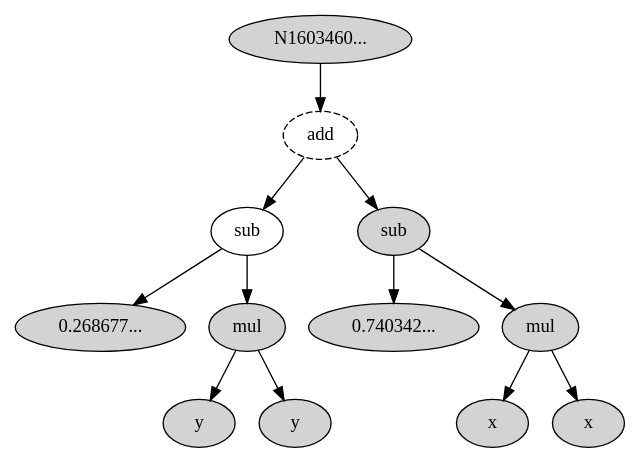
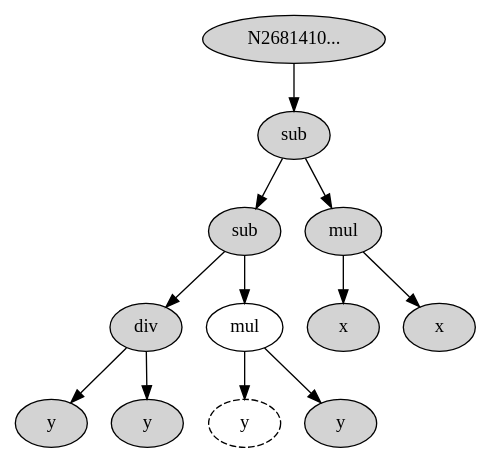
One commit to munifgebara/josilTs changed the diagram in report/d3d_best.dot. Above: the diagram before and after it, drawn with Graphviz. The commit also changed 70 other files, not shown here.

```diff
--- a/report/d3d_best.dot
+++ b/report/d3d_best.dot
@@ -1,25 +1,25 @@
- digraph G1603460 {
-N1603460[ style="filled"  label="N1603460..."];
-N1603460 -> N1603461;
-N1603461[ style="dashed"  label="add"];
-N1603461 -> N1603454;
-N1603454[ style="solid"  label="sub"];
-N1603454 -> N1603455;
-N1603455[ style="filled"  label="0.268677..."];
-N1603454 -> N1603456;
-N1603456[ style="filled"  label="mul"];
-N1603456 -> N1603457;
-N1603457[ style="filled"  label="y"];
-N1603456 -> N1603458;
-N1603458[ style="filled"  label="y"];
-N1603461 -> N1603463;
-N1603463[ style="filled"  label="sub"];
-N1603463 -> N1603464;
-N1603464[ style="filled"  label="0.740342..."];
-N1603463 -> N1603465;
-N1603465[ style="filled"  label="mul"];
-N1603465 -> N1603466;
-N1603466[ style="filled"  label="x"];
-N1603465 -> N1603467;
-N1603467[ style="filled"  label="x"];
+ digraph G2681410 {
+N2681410[ style="filled"  label="N2681410..."];
+N2681410 -> N2681411;
+N2681411[ style="filled"  label="sub"];
+N2681411 -> N2681412;
+N2681412[ style="filled"  label="sub"];
+N2681412 -> N2681413;
+N2681413[ style="filled"  label="div"];
+N2681413 -> N2681414;
+N2681414[ style="filled"  label="y"];
+N2681413 -> N2681415;
+N2681415[ style="filled"  label="y"];
+N2681412 -> N2681416;
+N2681416[ style="solid"  label="mul"];
+N2681416 -> N2681429;
+N2681429[ style="dashed"  label="y"];
+N2681416 -> N2681418;
+N2681418[ style="filled"  label="y"];
+N2681411 -> N2681419;
+N2681419[ style="filled"  label="mul"];
+N2681419 -> N2681420;
+N2681420[ style="filled"  label="x"];
+N2681419 -> N2681421;
+N2681421[ style="filled"  label="x"];
 }
```
